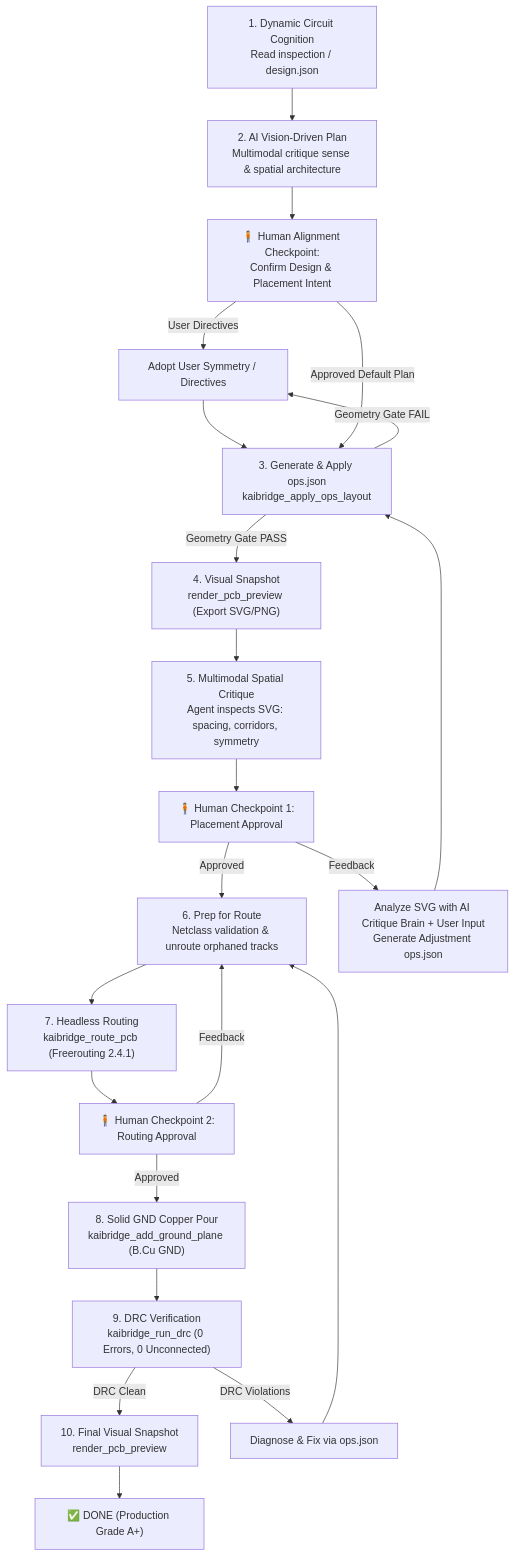
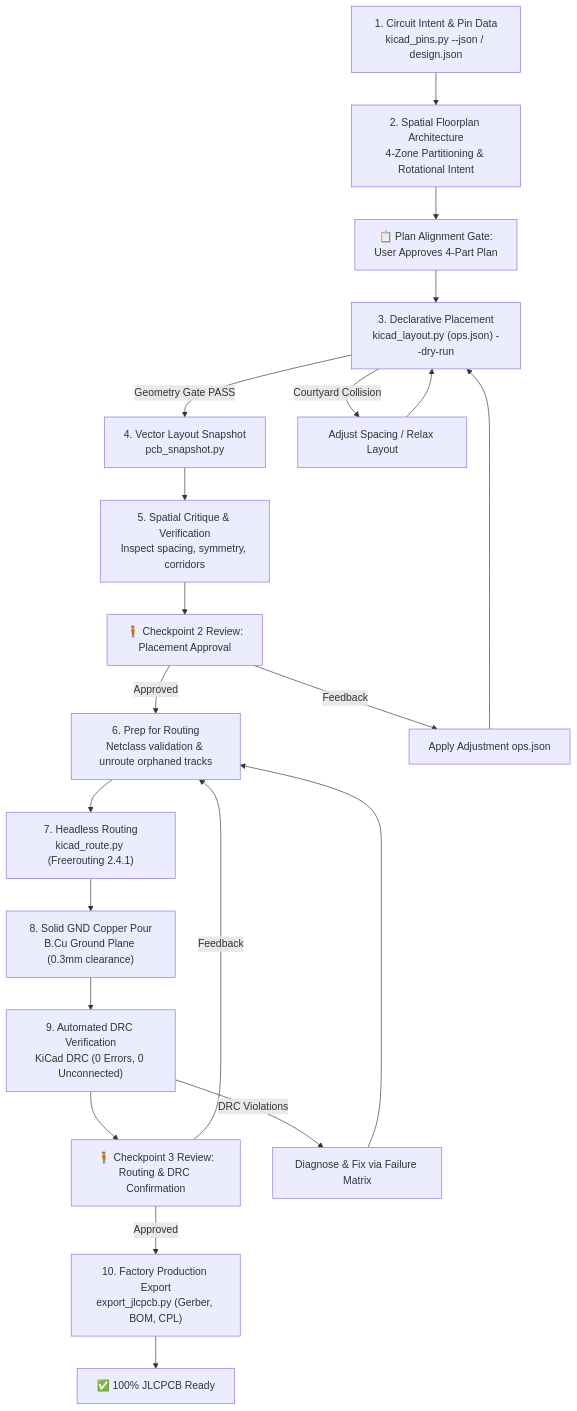
The diagram in .agents/agentic-placement.md (ShahMdAbid/Kaibridge), drawn with Mermaid before and after one commit. The commit also changed other lines of this file and 9 other files, not shown here.

````diff
--- a/.agents/agentic-placement.md
+++ b/.agents/agentic-placement.md
@@ -11,24 +9,23 @@
 ```mermaid
 graph TD
-    A["1. Dynamic Circuit Cognition<br/>Read inspection / design.json"] --> B["2. AI Vision-Driven Plan<br/>Multimodal critique sense & spatial architecture"]
-    B --> H0["🧍 Human Alignment Checkpoint:<br/>Confirm Design & Placement Intent"]
-    H0 -->|User Directives| B2["Adopt User Symmetry / Directives"]
-    B2 --> C["3. Generate & Apply ops.json<br/>kaibridge_apply_ops_layout"]
-    H0 -->|Approved Default Plan| C
-    C -->|Geometry Gate PASS| D["4. Visual Snapshot<br/>render_pcb_preview (Export SVG/PNG)"]
-    C -->|Geometry Gate FAIL| B2
-    D --> E["5. Multimodal Spatial Critique<br/>Agent inspects SVG: spacing, corridors, symmetry"]
-    E --> H1["🧍 Human Checkpoint 1:<br/>Placement Approval"]
-    H1 -->|Approved| G["6. Prep for Route<br/>Netclass validation & unroute orphaned tracks"]
-    H1 -->|Feedback| F["Analyze SVG with AI Critique Brain + User Input<br/>Generate Adjustment ops.json"]
+    A["1. Circuit Intent & Pin Data<br/>kicad_pins.py --json / design.json"] --> B["2. Spatial Floorplan Architecture<br/>4-Zone Partitioning & Rotational Intent"]
+    B --> H0["📋 Plan Alignment Gate:<br/>User Approves 4-Part Plan"]
+    H0 --> C["3. Declarative Placement<br/>kicad_layout.py (ops.json) --dry-run"]
+    C -->|Geometry Gate PASS| D["4. Vector Layout Snapshot<br/>pcb_snapshot.py"]
+    C -->|Courtyard Collision| B2["Adjust Spacing / Relax Layout"]
+    B2 --> C
+    D --> E["5. Spatial Critique & Verification<br/>Inspect spacing, symmetry, corridors"]
+    E --> H2["🧍 Checkpoint 2 Review:<br/>Placement Approval"]
+    H2 -->|Approved| G["6. Prep for Routing<br/>Netclass validation & unroute orphaned tracks"]
+    H2 -->|Feedback| F["Apply Adjustment ops.json"]
     F --> C
-    G --> H["7. Headless Routing<br/>kaibridge_route_pcb (Freerouting 2.4.1)"]
-    H --> H2["🧍 Human Checkpoint 2:<br/>Routing Approval"]
-    H2 -->|Approved| I["8. Solid GND Copper Pour<br/>kaibridge_add_ground_plane (B.Cu GND)"]
-    H2 -->|Feedback| G
-    I --> J["9. DRC Verification<br/>kaibridge_run_drc (0 Errors, 0 Unconnected)"]
-    J -->|DRC Clean| K["10. Final Visual Snapshot<br/>render_pcb_preview"]
-    J -->|DRC Violations| L["Diagnose & Fix via ops.json"]
+    G --> H["7. Headless Routing<br/>kicad_route.py (Freerouting 2.4.1)"]
+    H --> I["8. Solid GND Copper Pour<br/>B.Cu Ground Plane (0.3mm clearance)"]
+    I --> J["9. Automated DRC Verification<br/>KiCad DRC (0 Errors, 0 Unconnected)"]
+    J --> H3["🧍 Checkpoint 3 Review:<br/>Routing & DRC Confirmation"]
+    H3 -->|Approved| K["10. Factory Production Export<br/>export_jlcpcb.py (Gerber, BOM, CPL)"]
+    H3 -->|Feedback| G
+    J -->|DRC Violations| L["Diagnose & Fix via Failure Matrix"]
     L --> G
-    K --> M["✅ DONE (Production Grade A+)"]
+    K --> M["✅ 100% JLCPCB Ready"]
 ```
````
